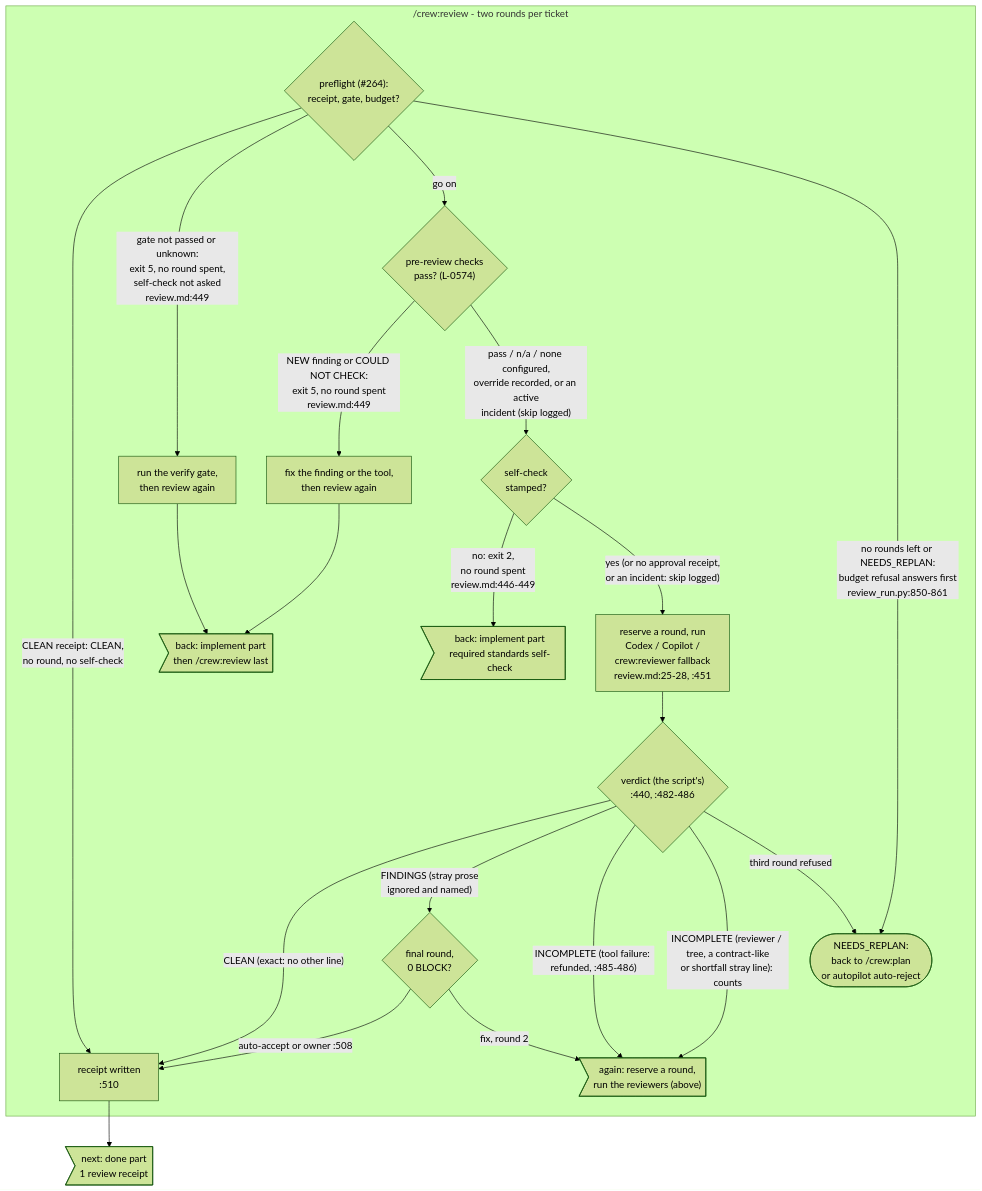
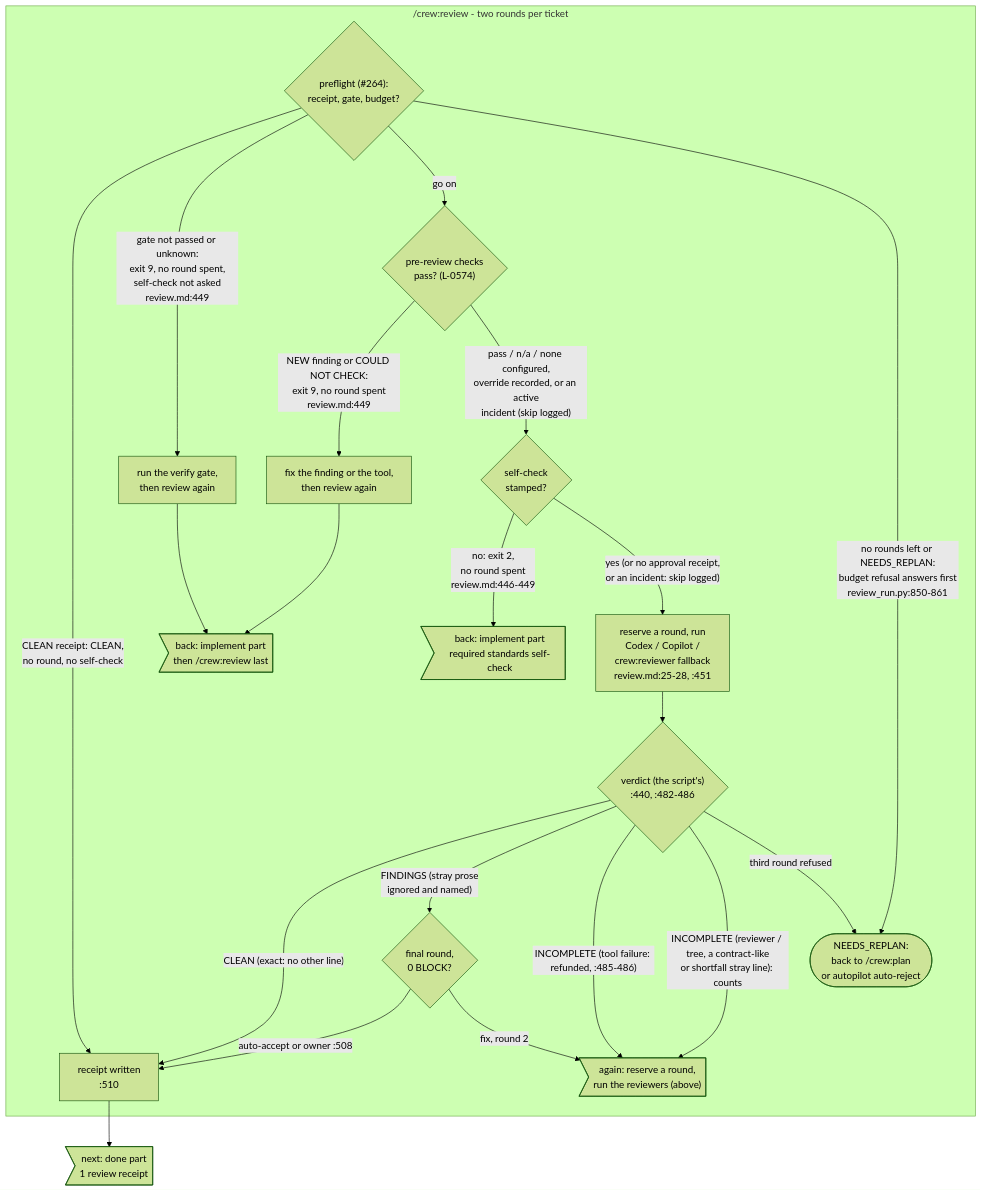
Diagram 30 of 36 in docs/diagrams/README.md (mbadali25/useful-claude-add-ons), drawn with Mermaid (forest theme) before and after one commit. The commit also changed other lines of this file and 17 other files, not shown here.

First line of the commit message:
L-0528: review_run's unverified refusal exits 9, so 5 is only the probe's limit

````diff
--- a/docs/diagrams/README.md
+++ b/docs/diagrams/README.md
@@ -1137,29 +1137,29 @@
 ```mermaid
 flowchart TB
     subgraph review["/crew:review - two rounds per ticket"]
         pf0{"preflight (#264):<br/>receipt, gate, budget?"}
         pf0 -- "CLEAN receipt: CLEAN,<br/>no round, no self-check" --> rcpt
-        pf0 -- "gate not passed or unknown:<br/>exit 5, no round spent,<br/>self-check not asked<br/>review.md:449" --> vg0["run the verify gate,<br/>then review again"]
+        pf0 -- "gate not passed or unknown:<br/>exit 9, no round spent,<br/>self-check not asked<br/>review.md:449" --> vg0["run the verify gate,<br/>then review again"]
         vg0 --> to_im5
         pf0 -- "go on" --> pr0{"pre-review checks<br/>pass? (L-0574)"}
-        pr0 -- "NEW finding or COULD NOT CHECK:<br/>exit 5, no round spent<br/>review.md:449" --> fx0["fix the finding or the tool,<br/>then review again"]
+        pr0 -- "NEW finding or COULD NOT CHECK:<br/>exit 9, no round spent<br/>review.md:449" --> fx0["fix the finding or the tool,<br/>then review again"]
         fx0 --> to_im5
         pr0 -- "pass / n/a / none configured,<br/>override recorded, or an active<br/>incident (skip logged)" --> rv0{"self-check<br/>stamped?"}
         pf0 -- "no rounds left or NEEDS_REPLAN:<br/>budget refusal answers first<br/>review_run.py:850-861" --> replan
         rv0 -- "no: exit 2,<br/>no round spent<br/>review.md:446-449" --> to_sc1
         rv0 -- "yes (or no approval receipt,<br/>or an incident: skip logged)" --> rv1["reserve a round, run<br/>Codex / Copilot /<br/>crew:reviewer fallback<br/>review.md:25-28, :451"]
         rv1 --> rv2{"verdict (the script's)<br/>:440, :482-486"}
         rv2 -- "CLEAN (exact: no other line)" --> rcpt["receipt written<br/>:510"]
         rv2 -- "FINDINGS (stray prose<br/>ignored and named)" --> rv3{"final round,<br/>0 BLOCK?"}
         rv3 -- "auto-accept or owner :508" --> rcpt
         rv3 -- "fix, round 2" --> again_rv1
         rv2 -- "INCOMPLETE (tool failure: refunded, :485-486)" --> again_rv1
         rv2 -- "INCOMPLETE (reviewer / tree, a contract-like<br/>or shortfall stray line): counts" --> again_rv1
         rv2 -- "third round refused" --> replan([NEEDS_REPLAN:<br/>back to /crew:plan<br/>or autopilot auto-reject])
     end
 
     again_rv1>"again: reserve a round,<br/>run the reviewers (above)"]
     to_im5>"back: implement part<br/>then /crew:review last"]
     to_sc1>"back: implement part<br/>required standards self-check"]
     rcpt --> to_dn1>"next: done part<br/>1 review receipt"]
 ```
````
